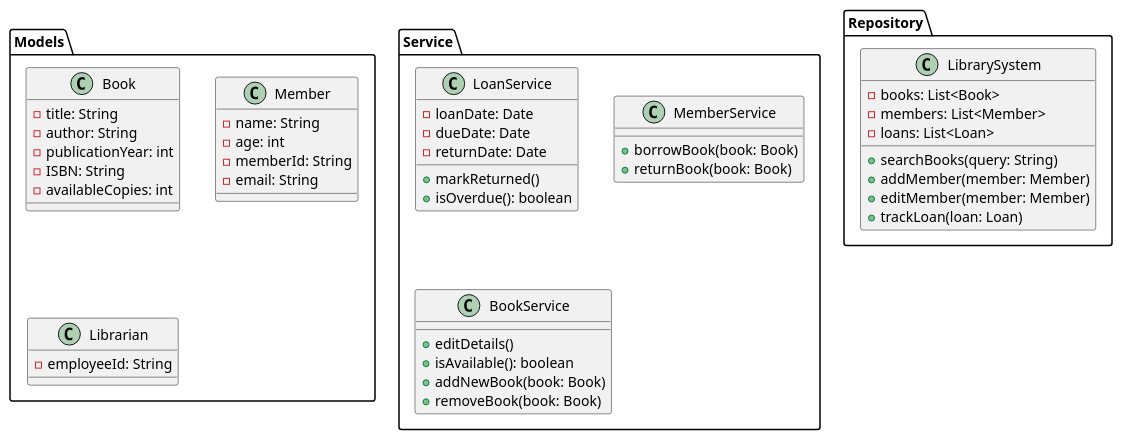
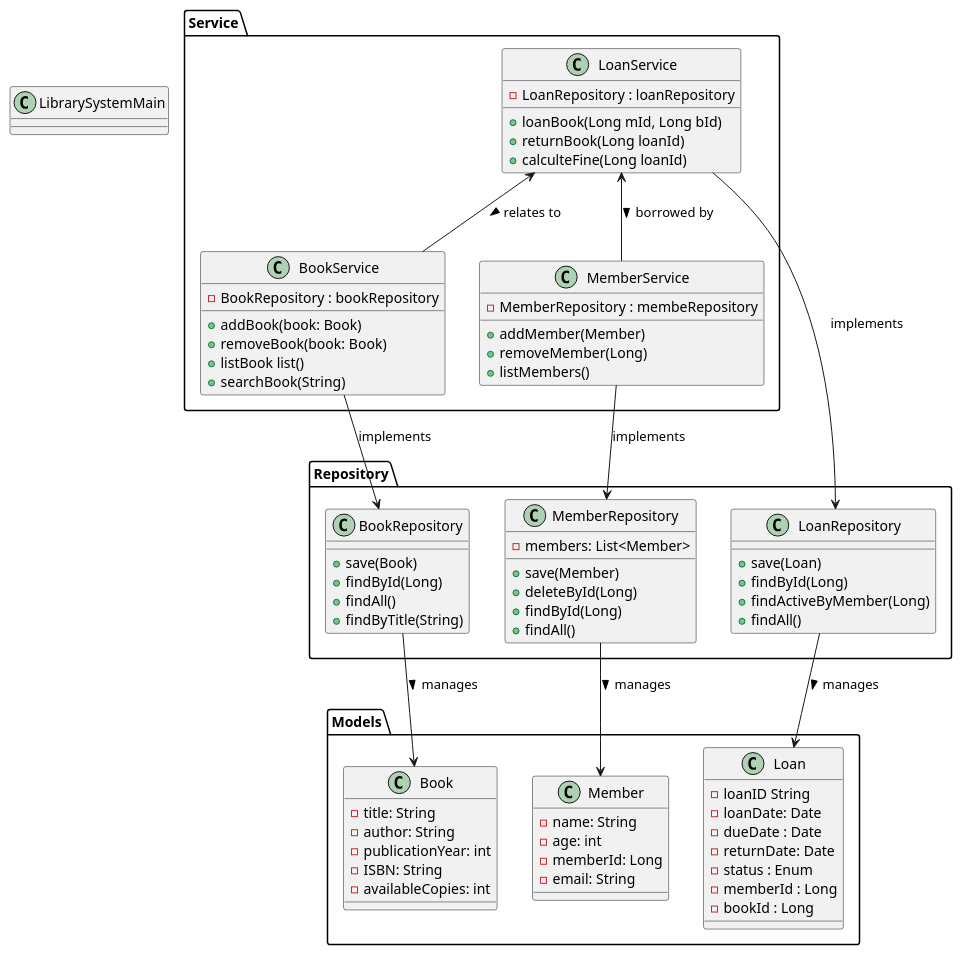
Before and after one commit to BramLab/IntecPunt: the diagram in src/uml/IntecPuntClassDiagram.puml, drawn with PlantUML. The commit also changed other lines of this file and 1 other file, not shown here.

```diff
--- a/src/uml/IntecPuntClassDiagram.puml
+++ b/src/uml/IntecPuntClassDiagram.puml
@@ -1,57 +1,92 @@
 @startuml
 Package "Models" {
 class Book {
   - title: String
   - author: String
   - publicationYear: int
   - ISBN: String
   - availableCopies: int
 }
 
 class Member {
   - name: String
   - age: int
-  - memberId: String
+  - memberId: Long
   - email: String
 }
 
-class Librarian {
-  - employeeId: String
-
+class Loan {
+  - loanID String
+  - loanDate: Date
+  - dueDate : Date
+  - returnDate: Date
+  - status : Enum
+  - memberId : Long
+  - bookId : Long
   }
 }
 
 Package "Service" {
-class LoanService {
-  - loanDate: Date
-  - dueDate: Date
-  - returnDate: Date
-  + markReturned()
-  + isOverdue(): boolean
-  }
+
 class MemberService {
-  + borrowBook(book: Book)
-  + returnBook(book: Book)
+  - MemberRepository : membeRepository
+  + addMember(Member)
+  + removeMember(Long)
+  + listMembers()
 
   }
 class BookService {
-  + editDetails()
-  + isAvailable(): boolean
-  + addNewBook(book: Book)
+  - BookRepository : bookRepository
+  + addBook(book: Book)
   + removeBook(book: Book)
+  + listBook list()
+  + searchBook(String)
+  }
+class LoanService {
+  - LoanRepository : loanRepository
+  + loanBook(Long mId, Long bId)
+  + returnBook(Long loanId)
+  +calculteFine(Long loanId)
   }
 }
 
 Package "Repository" {
-class LibrarySystem {
-  - books: List<Book>
-  - members: List<Member>
-  - loans: List<Loan>
-  + searchBooks(query: String)
-  + addMember(member: Member)
-  + editMember(member: Member)
-  + trackLoan(loan: Loan)
+class LoanRepository {
+  + save(Loan)
+  + findById(Long)
+  + findActiveByMember(Long)
+  + findAll()
+
   }
+class BookRepository {
+ + save(Book)
+ + findById(Long)
+ + findAll()
+ + findByTitle(String)
+}
+class MemberRepository {
+- members: List<Member>
+  + save(Member)
+  + deleteById(Long)
+  + findById(Long)
+  + findAll()
+
+}
 }
 
+class LibrarySystemMain {
+
+}
+
+BookService --> BookRepository : implements
+MemberService --> MemberRepository : implements
+LoanService --> LoanRepository : implements
+BookRepository --> Book : manages >
+MemberRepository --> Member : manages >
+LoanRepository --> Loan : manages >
+LoanService <-- BookService : relates to >
+LoanService <-- MemberService : borrowed by >
+
+
+
 @enduml
```
